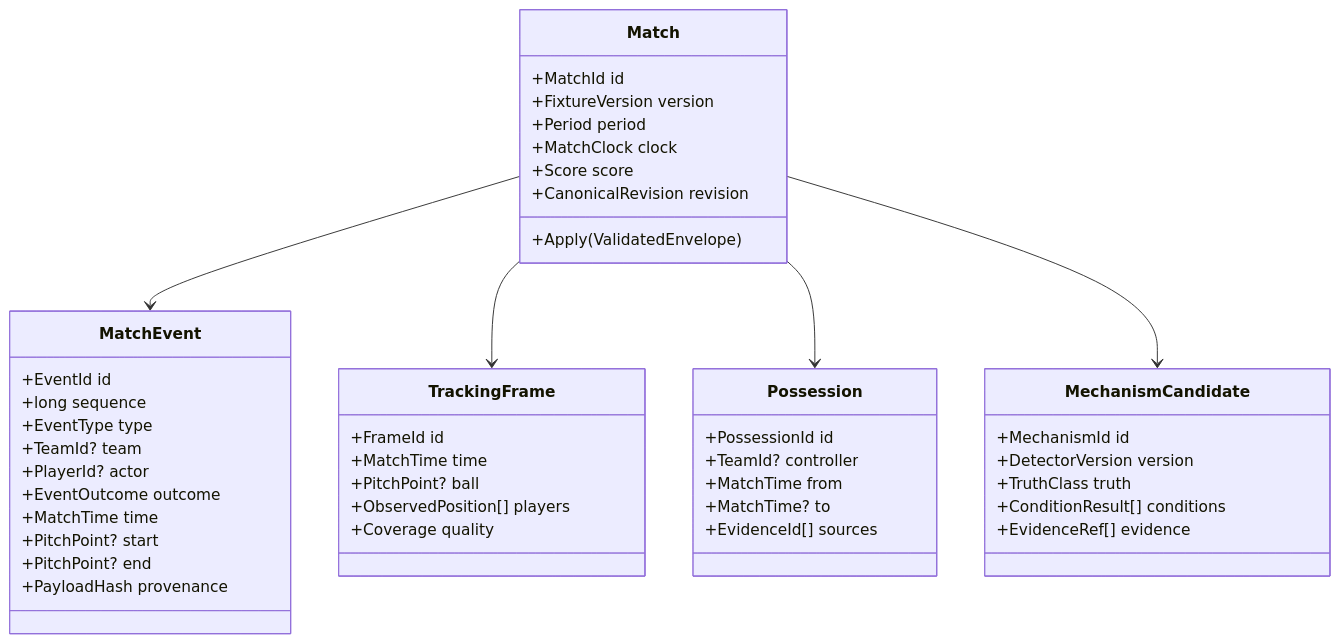
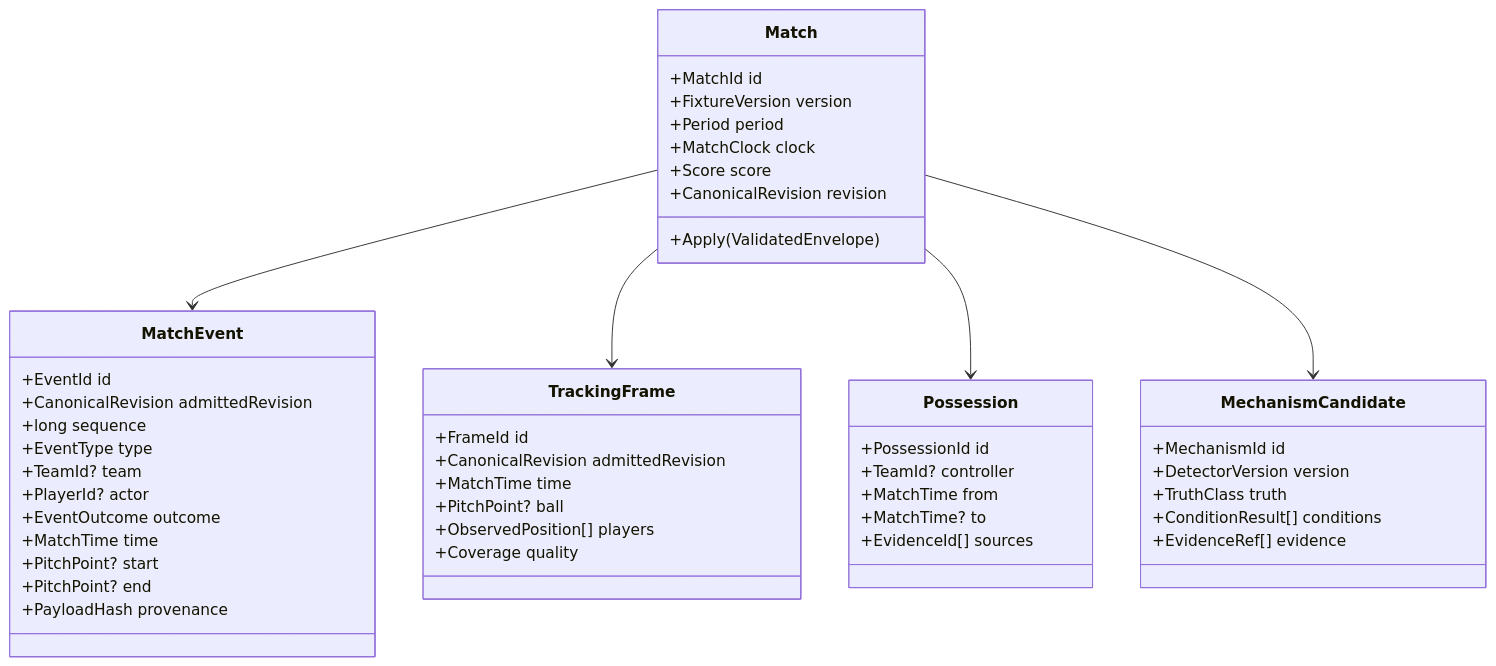
Before and after one commit to prateekgangopadhyay/PitchMind: the first of 3 diagrams in docs/architecture/07-football-analytics-detailed-lld.md, drawn with Mermaid. The commit also changed other lines of this file and 13 other files, not shown here.

````diff
--- a/docs/architecture/07-football-analytics-detailed-lld.md
+++ b/docs/architecture/07-football-analytics-detailed-lld.md
@@ -7,49 +7,51 @@
 ```mermaid
 classDiagram
  class Match {
   +MatchId id
   +FixtureVersion version
   +Period period
   +MatchClock clock
   +Score score
   +CanonicalRevision revision
   +Apply(ValidatedEnvelope)
  }
  class MatchEvent {
   +EventId id
+  +CanonicalRevision admittedRevision
   +long sequence
   +EventType type
   +TeamId? team
   +PlayerId? actor
   +EventOutcome outcome
   +MatchTime time
   +PitchPoint? start
   +PitchPoint? end
   +PayloadHash provenance
  }
  class TrackingFrame {
   +FrameId id
+  +CanonicalRevision admittedRevision
   +MatchTime time
   +PitchPoint? ball
   +ObservedPosition[] players
   +Coverage quality
  }
  class Possession {
   +PossessionId id
   +TeamId? controller
   +MatchTime from
   +MatchTime? to
   +EvidenceId[] sources
  }
  class MechanismCandidate {
   +MechanismId id
   +DetectorVersion version
   +TruthClass truth
   +ConditionResult[] conditions
   +EvidenceRef[] evidence
  }
  Match --> MatchEvent
  Match --> TrackingFrame
  Match --> Possession
  Match --> MechanismCandidate
  ```
````
